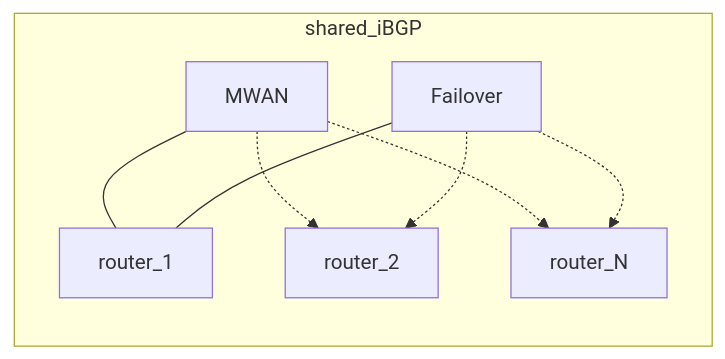
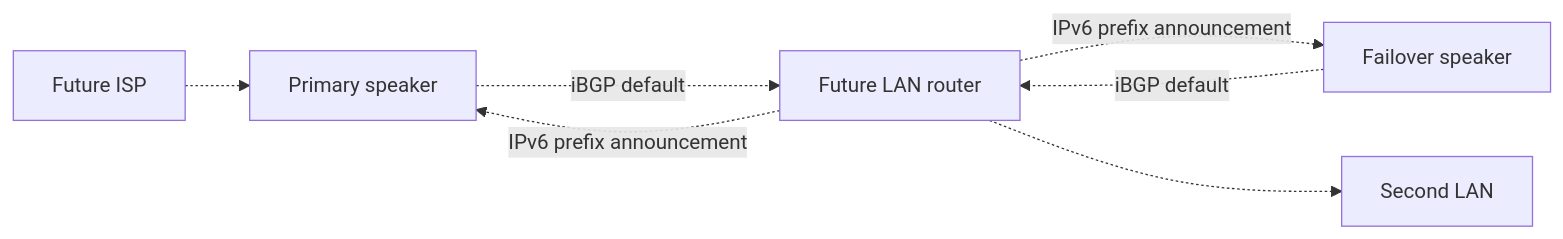
The second of 3 diagrams in docs/mwan.md (agoodkind/mwan), drawn with Mermaid before and after one commit. The commit also changed other lines of this file and 1 other file, not shown here.

Commit message:
Rewrite MWAN architecture and performance documentation

````diff
--- a/docs/mwan.md
+++ b/docs/mwan.md
@@ -197,16 +120,9 @@
 ```mermaid
 flowchart LR
-  subgraph sharedIbgp [shared_iBGP]
-    mwan[MWAN]
-    failover[Failover]
-    r1[router_1]
-    r2[router_2]
-    rN[router_N]
-  end
-  mwan --- r1
-  failover --- r1
-  mwan -.-> r2
-  failover -.-> r2
-  mwan -.-> rN
-  failover -.-> rN
+  futureISP[Future ISP] -.-> primary[Primary speaker]
+  primary -.->|iBGP default| router2[Future LAN router]
+  failover[Failover speaker] -.->|iBGP default| router2
+  router2 -.->|IPv6 prefix announcement| primary
+  router2 -.->|IPv6 prefix announcement| failover
+  router2 -.-> lan2[Second LAN]
 ```
````
